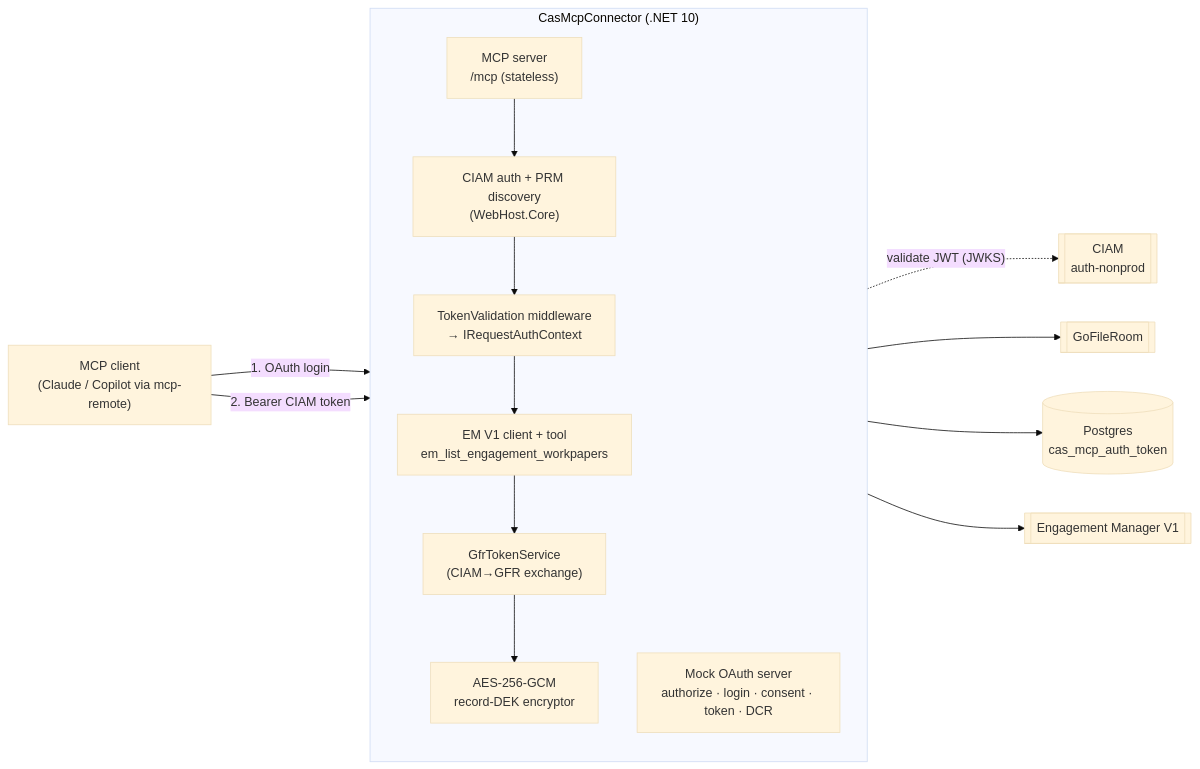
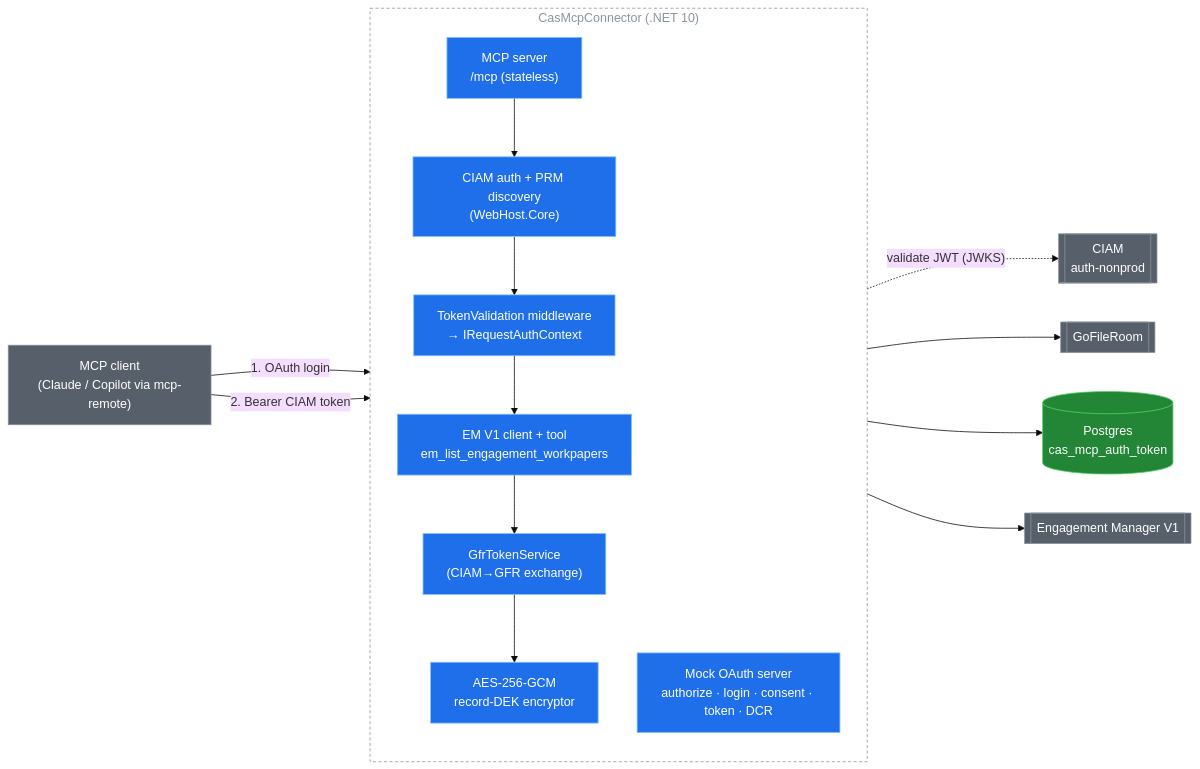
Before and after one commit to JayLathiaTR/cas-mcp-connector: the second of 3 diagrams in docs/architecture.md, drawn with Mermaid (base theme). The commit also changed other lines of this file, not shown here.

Commit message:
docs: replace C4 with clean themed flowchart container view; high-contrast styling (dark/light readable)

````diff
--- a/docs/architecture.md
+++ b/docs/architecture.md
@@ -31,29 +38,37 @@
 ```mermaid
 flowchart LR
     MC["MCP client<br/>(Claude / Copilot via mcp-remote)"]
 
     subgraph CONN["CasMcpConnector (.NET 10)"]
         direction TB
         MCP["MCP server<br/>/mcp (stateless)"]
         OAUTH["Mock OAuth server<br/>authorize · login · consent · token · DCR"]
         AUTH["CIAM auth + PRM discovery<br/>(WebHost.Core)"]
         MW["TokenValidation middleware<br/>→ IRequestAuthContext"]
         GFRS["GfrTokenService<br/>(CIAM→GFR exchange)"]
         ENC["AES-256-GCM<br/>record-DEK encryptor"]
         EMC["EM V1 client + tool<br/>em_list_engagement_workpapers"]
     end
 
     DB[("Postgres<br/>cas_mcp_auth_token")]
     CIAM[["CIAM<br/>auth-nonprod"]]
     GFR[["GoFileRoom"]]
     EM[["Engagement Manager V1"]]
 
     MC -->|"1. OAuth login"| OAUTH
     MC -->|"2. Bearer CIAM token"| MCP
     MCP --> AUTH --> MW --> EMC
     AUTH -. "validate JWT (JWKS)" .-> CIAM
     EMC --> GFRS
     GFRS --> GFR
     GFRS --> ENC --> DB
     EMC --> EM
+
+    classDef internal fill:#1f6feb,stroke:#79c0ff,color:#ffffff;
+    classDef external fill:#57606a,stroke:#8b949e,color:#ffffff;
+    classDef store fill:#238636,stroke:#56d364,color:#ffffff;
+    class MCP,OAUTH,AUTH,MW,GFRS,ENC,EMC internal;
+    class MC,CIAM,GFR,EM external;
+    class DB store;
+    style CONN fill:transparent,stroke:#8b949e,stroke-dasharray:4 3,color:#8b949e;
 ```
````
